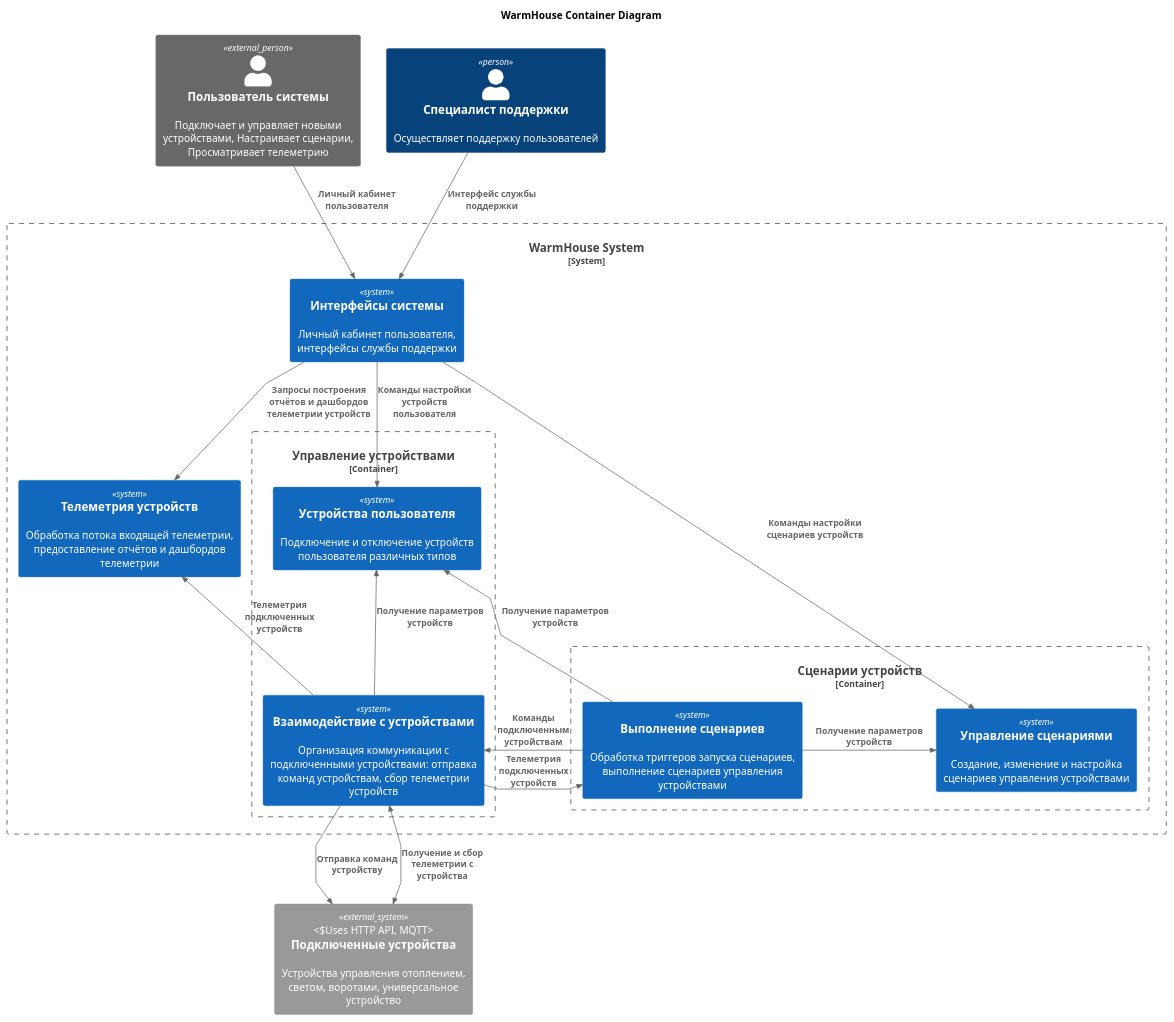
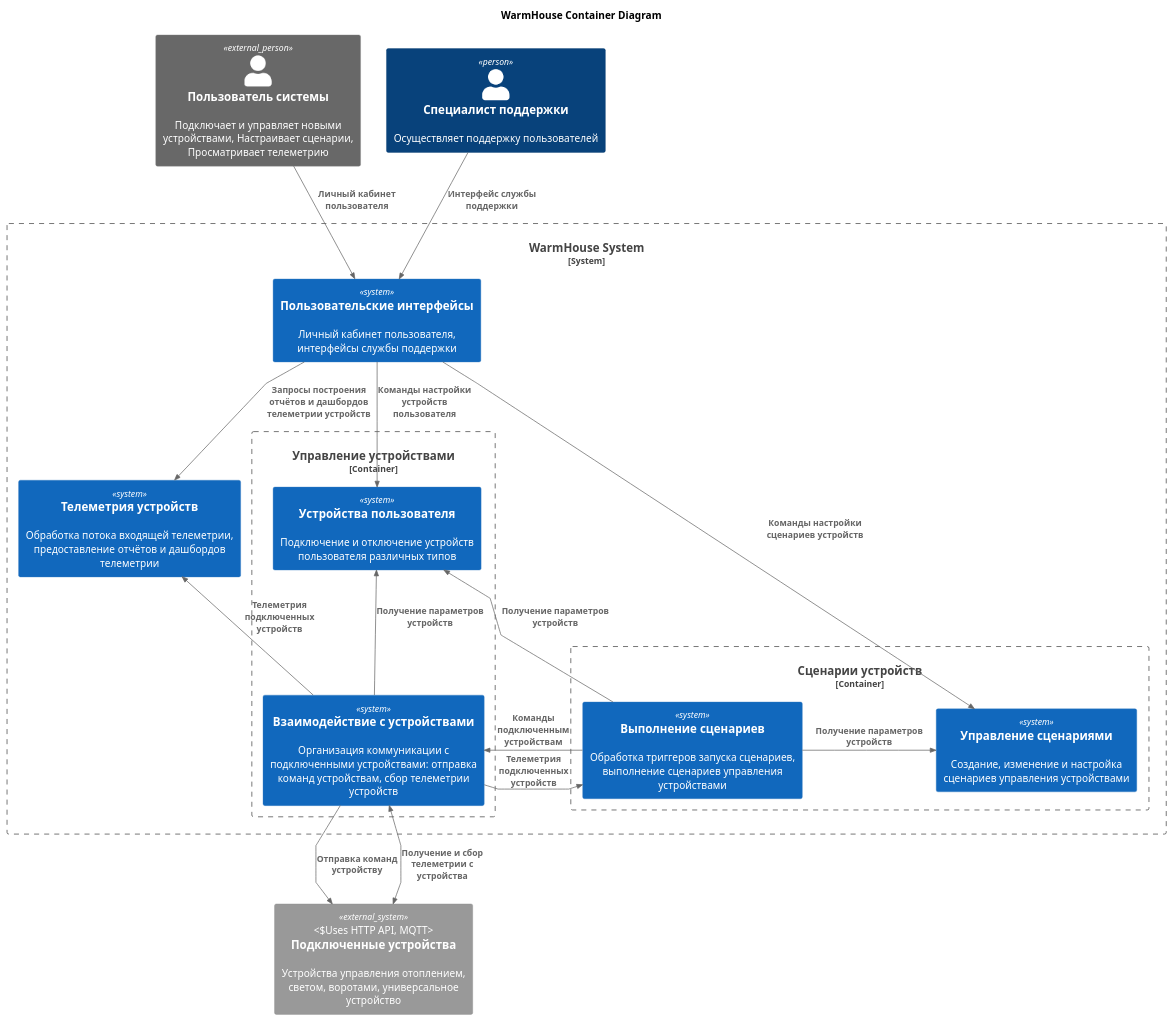
One commit to oreshkanet/ya-architecture-pro-warmhouse changed the diagram in diagrams/container/WarmHouse_Container.puml. Above: the diagram before and after it, drawn with PlantUML. The commit also changed 18 other files, not shown here.

Commit message:
Container Diagrams

```diff
--- a/diagrams/container/WarmHouse_Container.puml
+++ b/diagrams/container/WarmHouse_Container.puml
@@ -1,57 +1,57 @@
 @startuml WarmHouse_Container
 
 !include https://raw.githubusercontent.com/plantuml-stdlib/C4-PlantUML/master/C4_Container.puml
 
 title WarmHouse Container Diagram
 
 skinparam wrapWidth 300
 skinparam linetype polyline
 
 Person_Ext(User, "Пользователь системы", "Подключает и управляет новыми устройствами, Настраивает сценарии, Просматривает телеметрию")
 Person(Support, "Специалист поддержки", "Осуществляет поддержку пользователей")
 
 System_Ext(Device, "Подключенные устройства", "Устройства управления отоплением, светом, воротами, универсальное устройство", "Uses HTTP API, MQTT")
 
 System_Boundary(WarmHouseSystem, "WarmHouse System") {
-    System(UserInterfacesDomain, "Интерфейсы системы", "Личный кабинет пользователя, интерфейсы службы поддержки ")
+    System(UserInterfacesDomain, "Пользовательские интерфейсы", "Личный кабинет пользователя, интерфейсы службы поддержки ")
     
     Container_Boundary(DeviceManagementDomain, "Управление устройствами") {
         System(UserDeviceDomain, "Устройства пользователя", "Подключение и отключение устройств пользователя различных типов")
         System(DeviceIntegrationDomain, "Взаимодействие с устройствами", "Организация коммуникации с подключенными устройствами: отправка команд устройствам, сбор телеметрии устройств")
 
         Rel_U(DeviceIntegrationDomain, UserDeviceDomain, "Получение параметров устройств")
     }
 
     Container_Boundary(ScenarioDomain, "Сценарии устройств") {
         System(ScenarioManagementDomain, "Управление сценариями", "Создание, изменение и настройка сценариев управления устройствами")
         System(ScenarioProcessingDomain, "Выполнение сценариев", "Обработка триггеров запуска сценариев, выполнение сценариев управления устройствами")
 
         Rel_R(ScenarioProcessingDomain, ScenarioManagementDomain, "Получение параметров устройств")
     }
   
     System(TelemetryDomain, "Телеметрия устройств", "Обработка потока входящей телеметрии, предоставление отчётов и дашбордов телеметрии")
 } 
 
 ' Взаимодействие пользователей с системой
 Rel(User, UserInterfacesDomain, "Личный кабинет пользователя")
 Rel(Support, UserInterfacesDomain, "Интерфейс службы поддержки")
 
 ' Взаимодействие с внешними устройствами
 Rel(DeviceIntegrationDomain, Device, "Отправка команд устройству")
 BiRel(DeviceIntegrationDomain, Device, "Получение и сбор телеметрии с устройства")
 
 ' Поддомен ScenarioManagementDomain
 Rel(ScenarioProcessingDomain, UserDeviceDomain, "Получение параметров устройств")
 
 ' Поддомен ScenarioProcessingDomain
 Rel_R(DeviceIntegrationDomain, ScenarioProcessingDomain, "Телеметрия подключенных устройств")
 Rel_L(ScenarioProcessingDomain, DeviceIntegrationDomain, "Команды подключенным устройствам")
 
 ' Поддомен TelemetryDomain
 Rel_L(DeviceIntegrationDomain, TelemetryDomain, "Телеметрия подключенных устройств")
 
 Rel(UserInterfacesDomain, TelemetryDomain, "Запросы построения отчётов и дашбордов телеметрии устройств")
 Rel(UserInterfacesDomain, ScenarioManagementDomain, "Команды настройки сценариев устройств")
 Rel(UserInterfacesDomain, UserDeviceDomain, "Команды настройки устройств пользователя")
 
 @enduml
```
